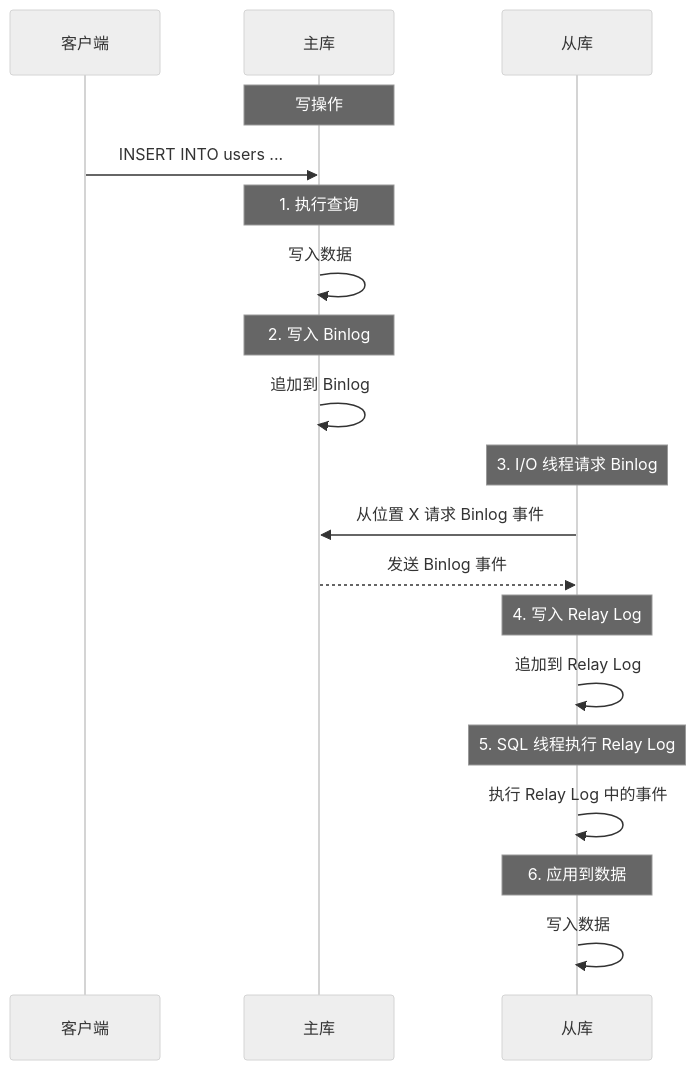
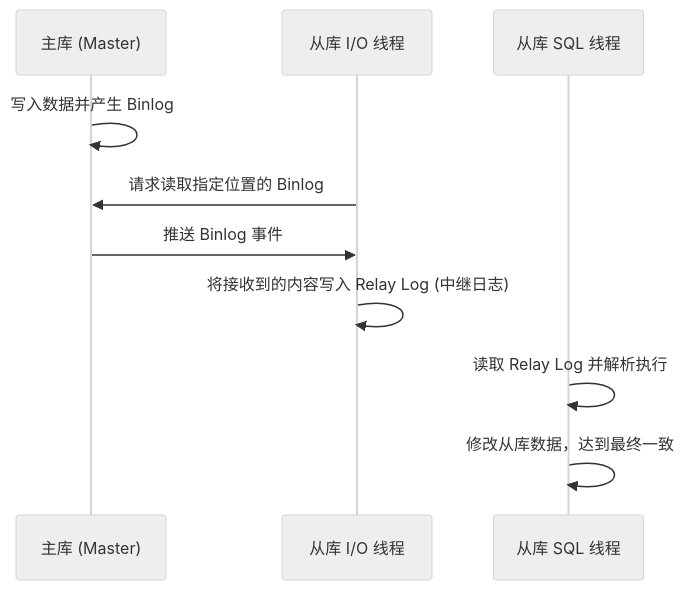
Before and after one commit to YiWang24/AiDIY: the third of 3 diagrams in i18n/zh-Hans/docusaurus-plugin-content-docs/current/cs/database/mysql/logging-replication.mdx, drawn with Mermaid (neutral theme). The commit also changed other lines of this file and 59 other files, not shown here.

````diff
--- a/i18n/zh-Hans/docusaurus-plugin-content-docs/current/cs/database/mysql/logging-replication.mdx
+++ b/i18n/zh-Hans/docusaurus-plugin-content-docs/current/cs/database/mysql/logging-replication.mdx
@@ -324,28 +98,13 @@
 ```mermaid
 sequenceDiagram
-    participant Client as 客户端
-    participant Master as 主库
-    participant Slave as 从库
+    participant M as 主库 (Master)
+    participant SI as 从库 I/O 线程
+    participant SS as 从库 SQL 线程
 
-    Note over Master: 写操作
-    Client->>Master: INSERT INTO users ...
-
-    Note over Master: 1. 执行查询
-    Master->>Master: 写入数据
-
-    Note over Master: 2. 写入 Binlog
-    Master->>Master: 追加到 Binlog
-
-    Note over Slave: 3. I/O 线程请求 Binlog
-    Slave->>Master: 从位置 X 请求 Binlog 事件
-    Master-->>Slave: 发送 Binlog 事件
-
-    Note over Slave: 4. 写入 Relay Log
-    Slave->>Slave: 追加到 Relay Log
-
-    Note over Slave: 5. SQL 线程执行 Relay Log
-    Slave->>Slave: 执行 Relay Log 中的事件
-
-    Note over Slave: 6. 应用到数据
-    Slave->>Slave: 写入数据
+    M->>M: 写入数据并产生 Binlog
+    SI->>M: 请求读取指定位置的 Binlog
+    M->>SI: 推送 Binlog 事件
+    SI->>SI: 将接收到的内容写入 Relay Log (中继日志)
+    SS->>SS: 读取 Relay Log 并解析执行
+    SS->>SS: 修改从库数据，达到最终一致
 ```
````
